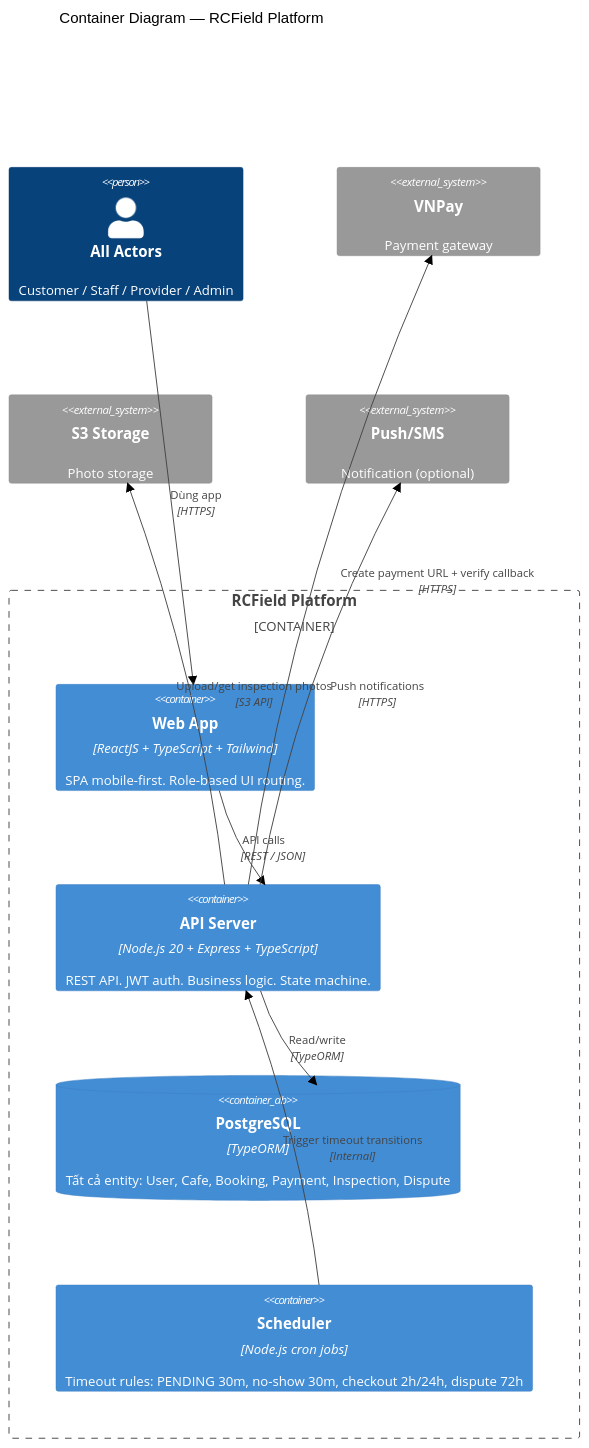
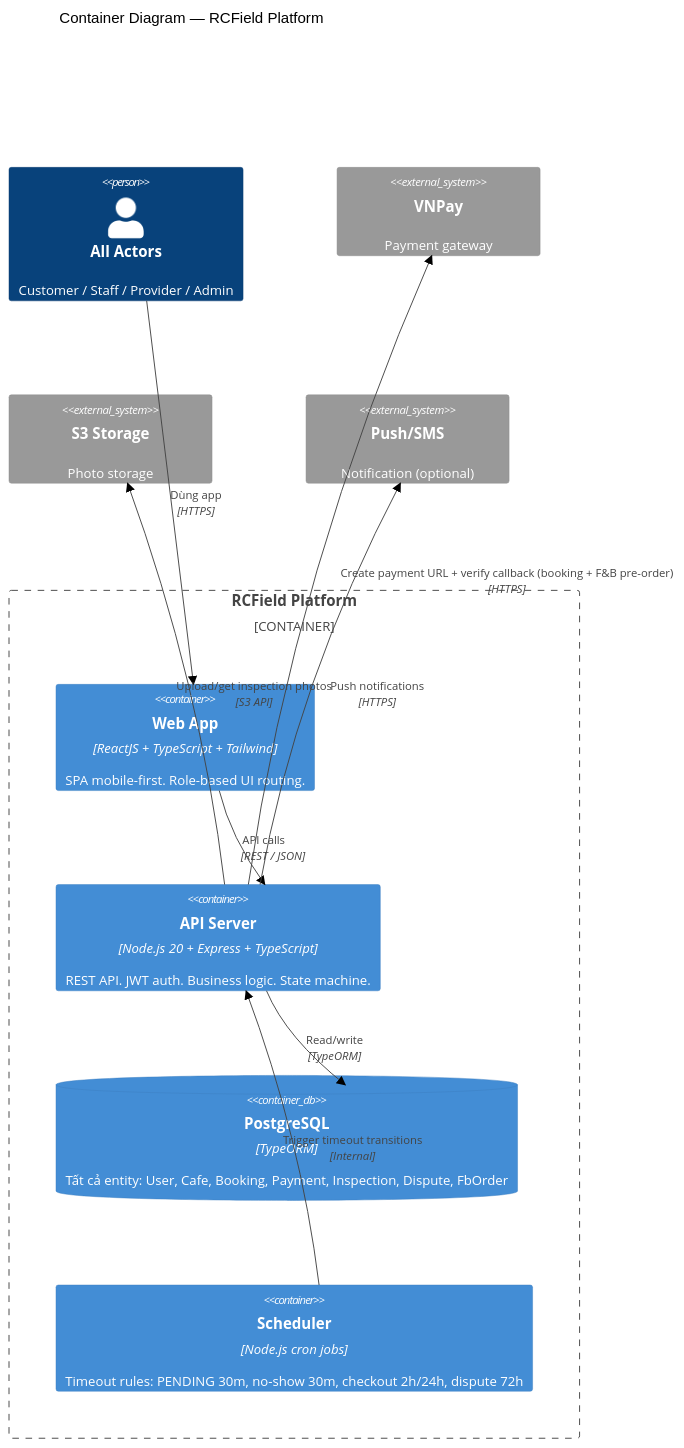
The second of 4 diagrams in docs/architecture/00-system-overview.md (RCField-SEP490/rcfield-spec), drawn with Mermaid (neutral theme) before and after one commit. The commit also changed other lines of this file and 3 other files, not shown here.

````diff
--- a/docs/architecture/00-system-overview.md
+++ b/docs/architecture/00-system-overview.md
@@ -58,25 +56,25 @@
 ```mermaid
 C4Container
     title Container Diagram — RCField Platform
 
     Person(user, "All Actors", "Customer / Staff / Provider / Admin")
 
     Container_Boundary(rcfield, "RCField Platform") {
         Container(web, "Web App", "ReactJS + TypeScript + Tailwind", "SPA mobile-first. Role-based UI routing.")
         Container(api, "API Server", "Node.js 20 + Express + TypeScript", "REST API. JWT auth. Business logic. State machine.")
-        ContainerDb(db, "PostgreSQL", "TypeORM", "Tất cả entity: User, Cafe, Booking, Payment, Inspection, Dispute")
+        ContainerDb(db, "PostgreSQL", "TypeORM", "Tất cả entity: User, Cafe, Booking, Payment, Inspection, Dispute, FbOrder")
         Container(scheduler, "Scheduler", "Node.js cron jobs", "Timeout rules: PENDING 30m, no-show 30m, checkout 2h/24h, dispute 72h")
     }
 
     System_Ext(vnpay, "VNPay", "Payment gateway")
     System_Ext(s3, "S3 Storage", "Photo storage")
     System_Ext(notify, "Push/SMS", "Notification (optional)")
 
     Rel(user, web, "Dùng app", "HTTPS")
     Rel(web, api, "API calls", "REST / JSON")
     Rel(api, db, "Read/write", "TypeORM")
-    Rel(api, vnpay, "Create payment URL + verify callback", "HTTPS")
+    Rel(api, vnpay, "Create payment URL + verify callback (booking + F&B pre-order)", "HTTPS")
     Rel(api, s3, "Upload/get inspection photos", "S3 API")
     Rel(api, notify, "Push notifications", "HTTPS")
     Rel(scheduler, api, "Trigger timeout transitions", "Internal")
 ```
````
